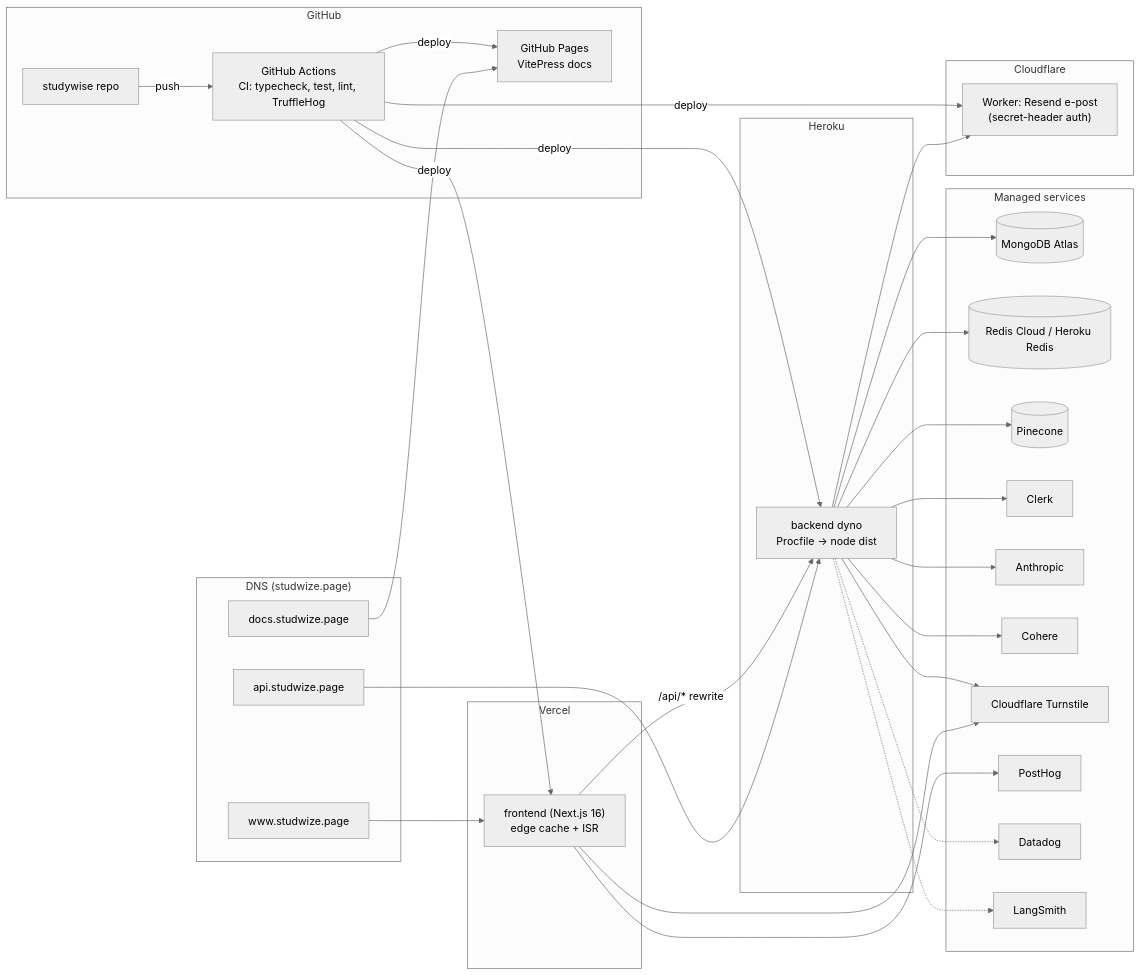
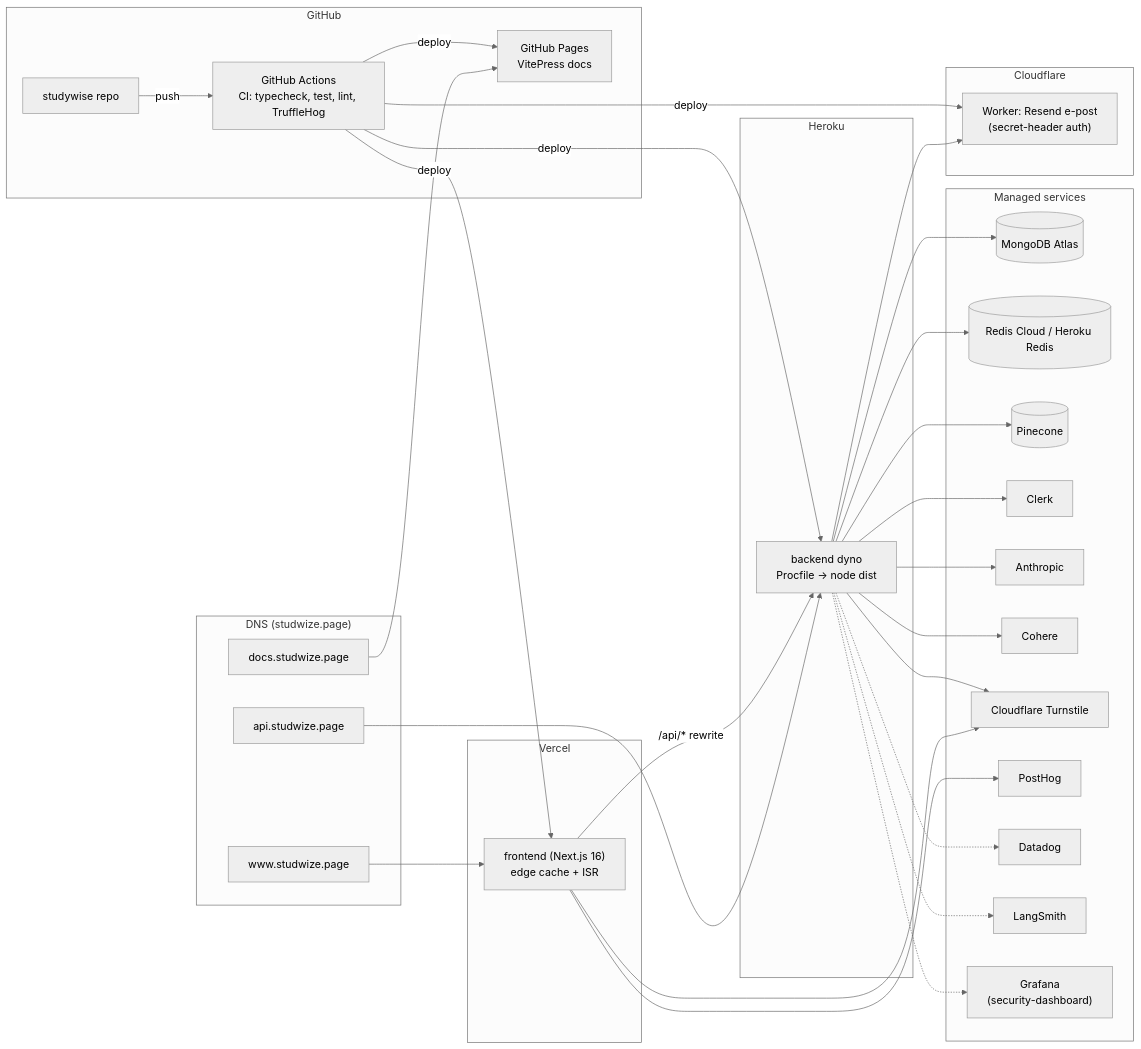
One commit to 26zl/StudyWise changed the diagram in filer_prosjekt/diagrammer/10-deployment-arkitektur.md. Above: the diagram before and after it, drawn with Mermaid (neutral theme). The commit also changed 42 other files, not shown here.

Commit message:
Fiks: Module not found: Can't resolve 'zod/v4/core'. Dependency/build-layout-feil. Samt fiks i diagrammer.

````diff
--- a/filer_prosjekt/diagrammer/10-deployment-arkitektur.md
+++ b/filer_prosjekt/diagrammer/10-deployment-arkitektur.md
@@ -5,63 +5,65 @@
 ```mermaid
 flowchart LR
     subgraph DNS["DNS (studwize.page)"]
         WWW["www.studwize.page"]
         API["api.studwize.page"]
         DOCS_DNS["docs.studwize.page"]
     end
 
     subgraph Vercel["Vercel"]
         FE["frontend (Next.js 16)<br/>edge cache + ISR"]
     end
 
     subgraph Heroku["Heroku"]
         BE["backend dyno<br/>Procfile -> node dist"]
     end
 
     subgraph GH["GitHub"]
         REPO["studywise repo"]
         ACT["GitHub Actions<br/>CI: typecheck, test, lint, TruffleHog"]
         PAGES["GitHub Pages<br/>VitePress docs"]
     end
 
     subgraph CF["Cloudflare"]
         WK["Worker: Resend e-post<br/>(secret-header auth)"]
     end
 
     subgraph Managed["Managed services"]
         ATLAS[("MongoDB Atlas")]
         RC[("Redis Cloud / Heroku Redis")]
         PC[("Pinecone")]
         CLERK["Clerk"]
         ANT["Anthropic"]
         COH["Cohere"]
         TS["Cloudflare Turnstile"]
         PH["PostHog"]
         DD["Datadog"]
         LS["LangSmith"]
+        GR["Grafana<br/>(security-dashboard)"]
     end
 
     WWW --> FE
     API --> BE
     DOCS_DNS --> PAGES
 
     FE -->|/api/* rewrite| BE
     BE --> ATLAS
     BE --> RC
     BE --> PC
     BE --> CLERK
     BE --> ANT
     BE --> COH
     BE --> WK
     FE --> TS
     BE --> TS
     FE --> PH
     BE -.-> DD
     BE -.-> LS
+    BE -.-> GR
 
     REPO -->|push| ACT
     ACT -->|deploy| FE
     ACT -->|deploy| BE
     ACT -->|deploy| PAGES
     ACT -->|deploy| WK
 ```
````
